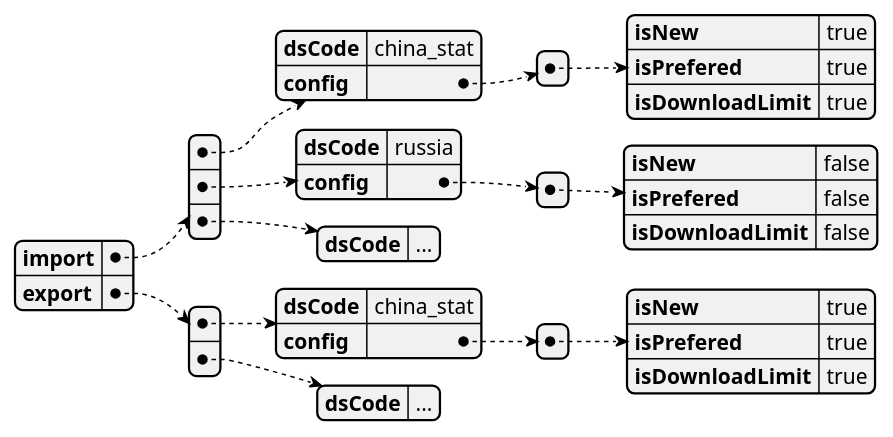
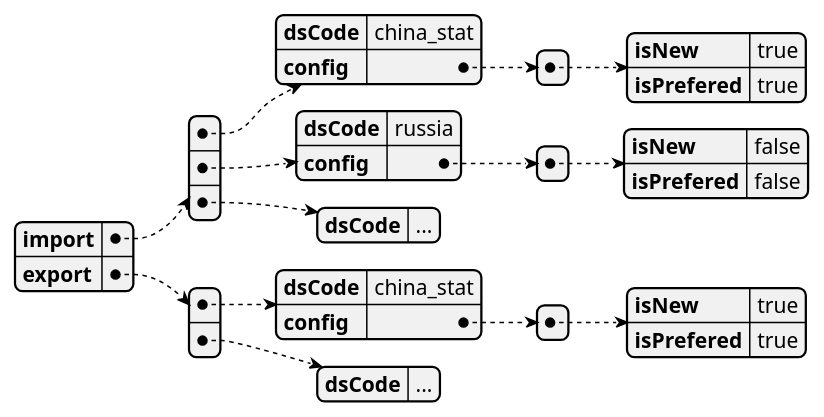
One commit to lwpk110/tendata-assets changed the diagram in plantuml/tradec/ds_config_tradec.puml. Above: the diagram before and after it, drawn with PlantUML. The commit also changed 3 other files, not shown here.

```diff
--- a/plantuml/tradec/ds_config_tradec.puml
+++ b/plantuml/tradec/ds_config_tradec.puml
@@ -2,21 +2,18 @@
 @startyaml
 import:
   - dsCode: china_stat
     config:
       - isNew: true
         isPrefered: true
-        isDownloadLimit: true
   - dsCode: russia
     config:
       - isNew: false
         isPrefered: false
-        isDownloadLimit: false
   - dsCode: ...
 export:
   - dsCode: china_stat
     config:
       - isNew: true
         isPrefered: true
-        isDownloadLimit: true
   - dsCode: ...
 @endyaml
```
